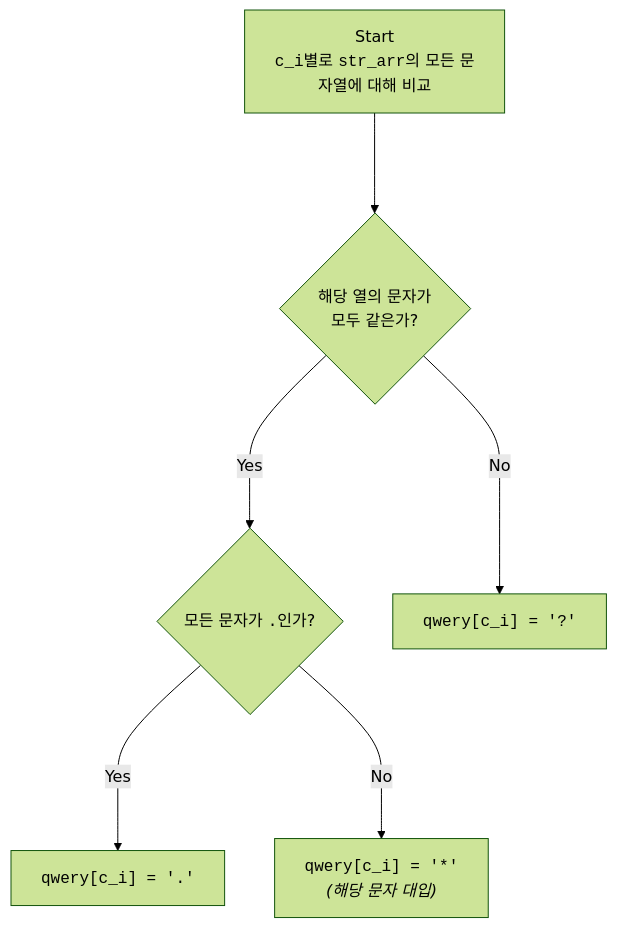
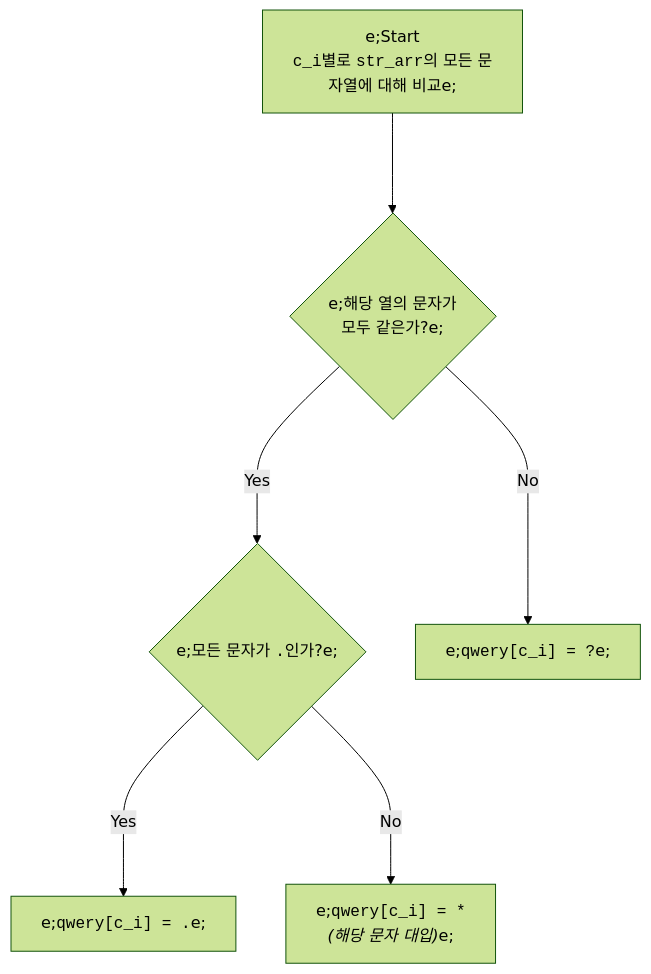
Before and after one commit to nachiketa3299/Baekjoon-Study: the diagram in Daily/2022-08-15/1032_RUZEN.md, drawn with Mermaid (forest theme).

Commit message:
mermaid test 3

````diff
--- a/Daily/2022-08-15/1032_RUZEN.md
+++ b/Daily/2022-08-15/1032_RUZEN.md
@@ -76,15 +76,15 @@
-```mermaid
+<div class="mermaid">
 graph TD
-S["Start<br><code>c_i</code>별로 <code>str_arr</code>의 모든 문자열에 대해 비교"]
-0{"해당 열의 문자가 <br>모두 같은가?"}
-1{"모든 문자가 <code>.</code>인가?"}
-2["<code>qwery[c_i] = '?'</code>"]
-3["<code>qwery[c_i] = '.'</code>"]
-4["<code>qwery[c_i] = '*'</code><br><i>(해당 문자 대입)</i>"]
+S[&quote;Start<br><code>c_i</code>별로 <code>str_arr</code>의 모든 문자열에 대해 비교&quote;]
+0{&quote;해당 열의 문자가 <br>모두 같은가?&quote;}
+1{&quote;모든 문자가 <code>.</code>인가?&quote;}
+2[&quote;<code>qwery[c_i] = ?</code>&quote;]
+3[&quote;<code>qwery[c_i] = .</code>&quote;]
+4[&quote;<code>qwery[c_i] = *</code><br><i>(해당 문자 대입)</i>&quote;]
 
-S ---> 0
-0 --->|"Yes"| 1
-0 --->|"No"| 2
-1 --->|"Yes"| 3
-1 --->|"No"| 4
-```
+S ---&gt; 0
+0 ---&gt;|Yes| 1
+0 ---&gt;|No| 2
+1 ---&gt;|Yes| 3
+1 ---&gt;|No| 4
+</div>
````
